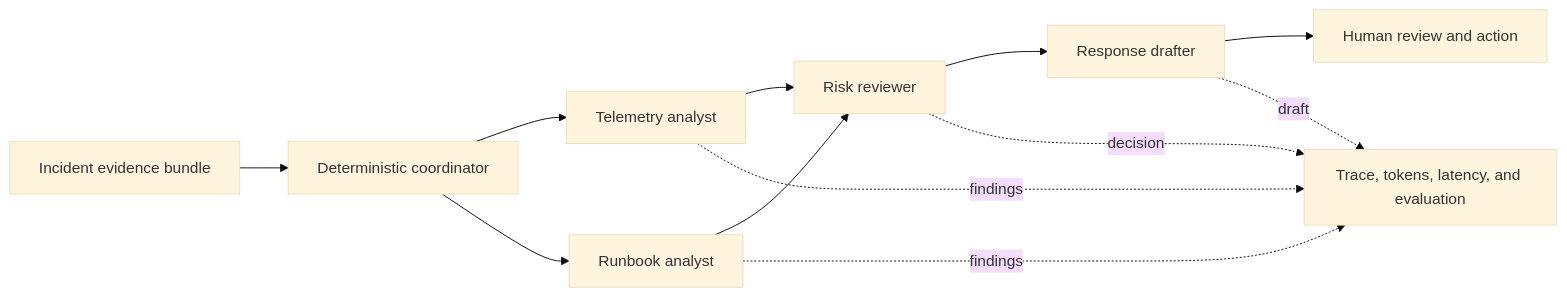
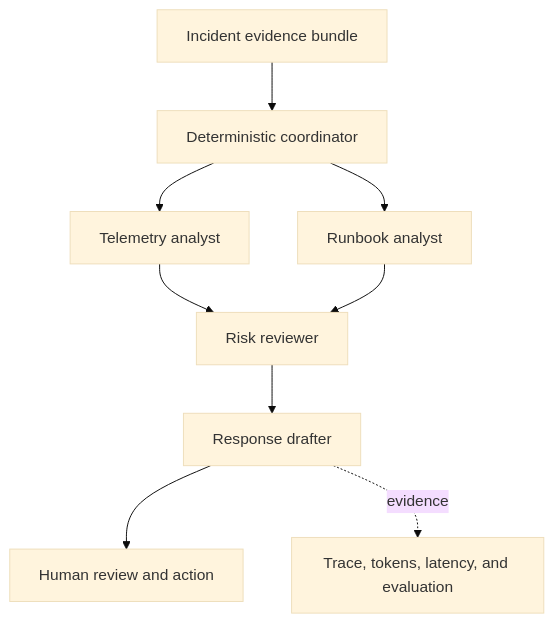
Before and after one commit to TP-Coder-Innovation-Hub/ai-platform-engineering: the second of 3 diagrams in 17-ai-product-engineering/README.md, drawn with Mermaid (base theme). The commit also changed other lines of this file, not shown here.

Commit message:
Fix AI product diagram layouts

````diff
--- a/17-ai-product-engineering/README.md
+++ b/17-ai-product-engineering/README.md
@@ -83,14 +83,11 @@
 ```mermaid
-flowchart LR
+flowchart TB
     I[Incident evidence bundle] --> C[Deterministic coordinator]
     C --> T[Telemetry analyst]
     C --> R[Runbook analyst]
     T --> V[Risk reviewer]
     R --> V
     V --> D[Response drafter]
     D --> H[Human review and action]
-    T -. findings .-> A[Trace, tokens, latency, and evaluation]
-    R -. findings .-> A
-    V -. decision .-> A
-    D -. draft .-> A
+    D -. evidence .-> A[Trace, tokens, latency, and evaluation]
 ```
````
